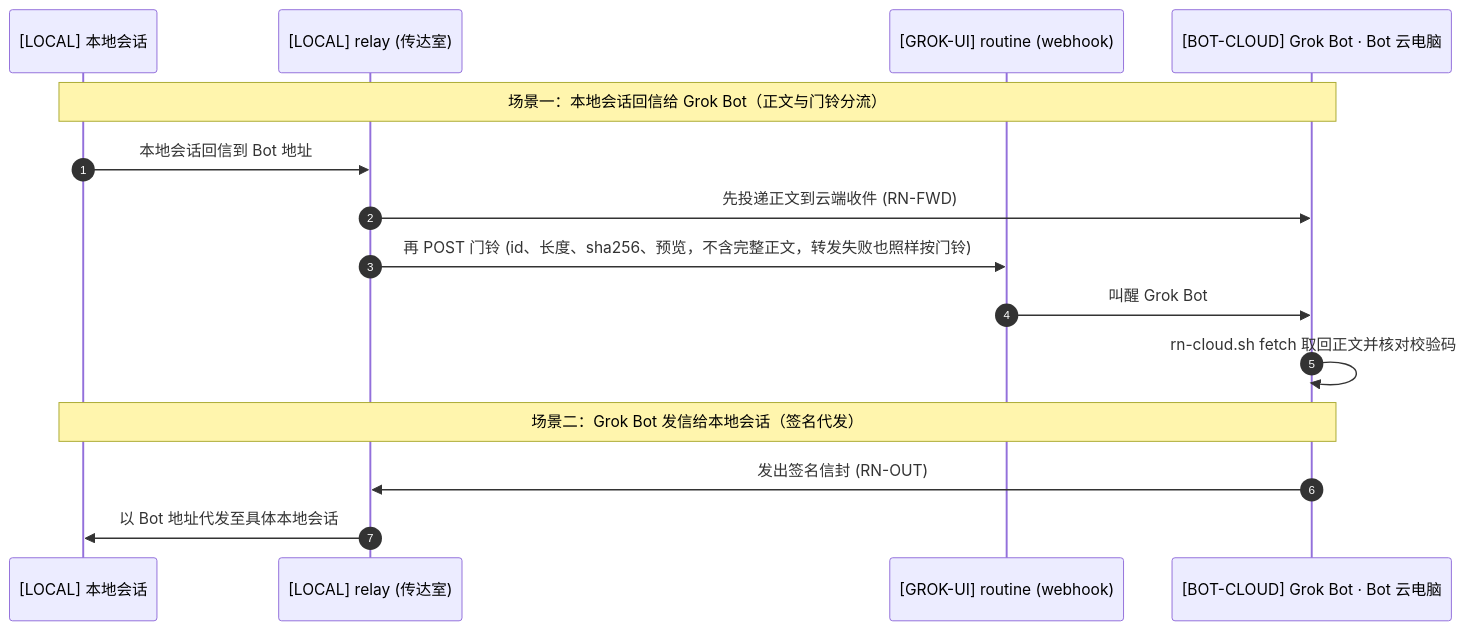
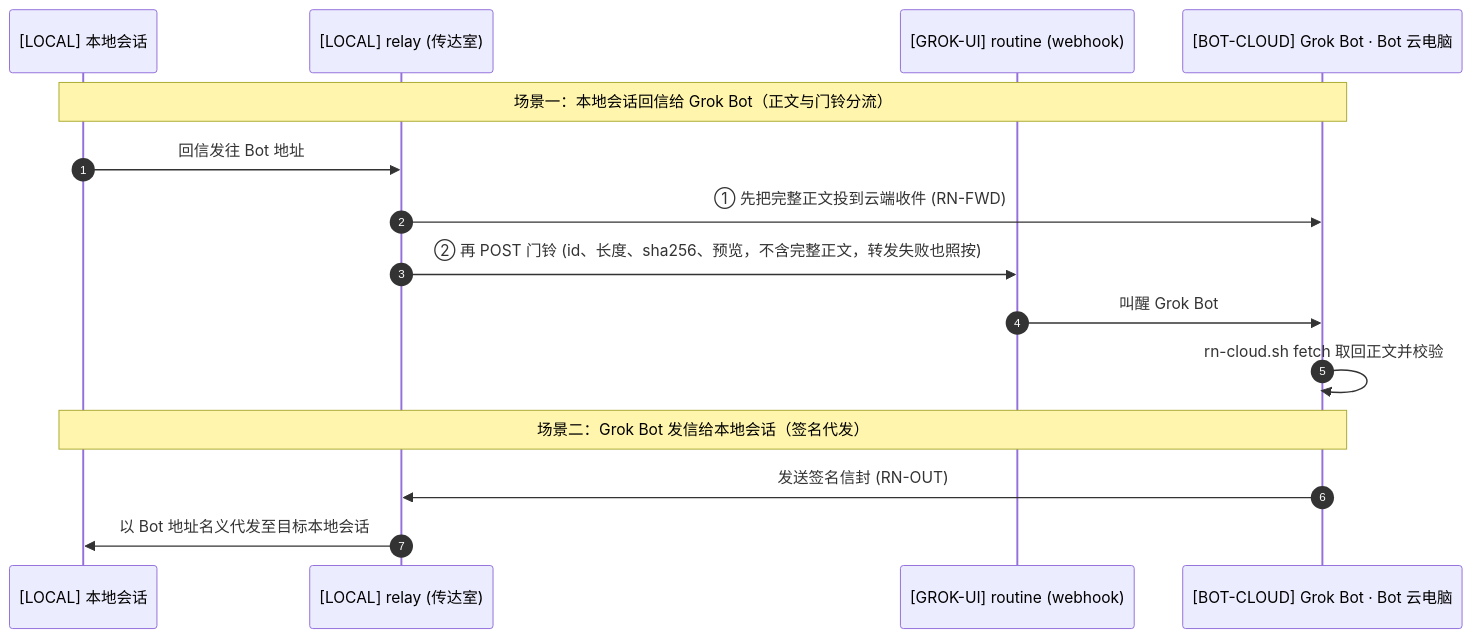
The second of 2 diagrams in README.zh-CN.md (xiaozhenliu/agent-mesh), drawn with Mermaid before and after one commit. The commit also changed other lines of this file and 1 other file, not shown here.

````diff
--- a/README.zh-CN.md
+++ b/README.zh-CN.md
@@ -124,19 +215,19 @@
 ```mermaid
 sequenceDiagram
     autonumber
     participant Local as [LOCAL] 本地会话
     participant Relay as [LOCAL] relay (传达室)
     participant Webhook as [GROK-UI] routine (webhook)
     participant Cloud as [BOT-CLOUD] Grok Bot · Bot 云电脑
 
     Note over Local,Cloud: 场景一：本地会话回信给 Grok Bot（正文与门铃分流）
-    Local->>Relay: 本地会话回信到 Bot 地址
-    Relay->>Cloud: 先投递正文到云端收件 (RN-FWD)
-    Relay->>Webhook: 再 POST 门铃 (id、长度、sha256、预览，不含完整正文，转发失败也照样按门铃)
+    Local->>Relay: 回信发往 Bot 地址
+    Relay->>Cloud: ① 先把完整正文投到云端收件 (RN-FWD)
+    Relay->>Webhook: ② 再 POST 门铃 (id、长度、sha256、预览，不含完整正文，转发失败也照按)
     Webhook->>Cloud: 叫醒 Grok Bot
-    Cloud->>Cloud: rn-cloud.sh fetch 取回正文并核对校验码
+    Cloud->>Cloud: rn-cloud.sh fetch 取回正文并校验
 
     Note over Local,Cloud: 场景二：Grok Bot 发信给本地会话（签名代发）
-    Cloud->>Relay: 发出签名信封 (RN-OUT)
-    Relay->>Local: 以 Bot 地址代发至具体本地会话
+    Cloud->>Relay: 发送签名信封 (RN-OUT)
+    Relay->>Local: 以 Bot 地址名义代发至目标本地会话
 ```
````
